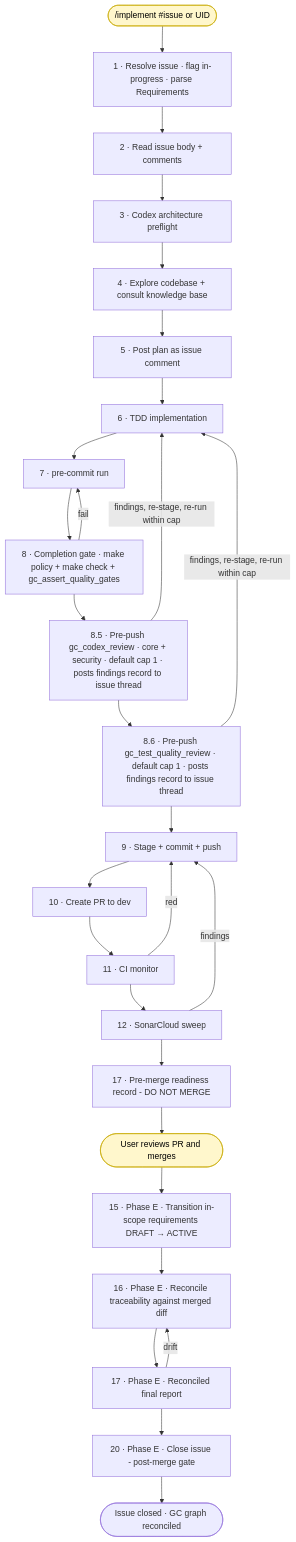
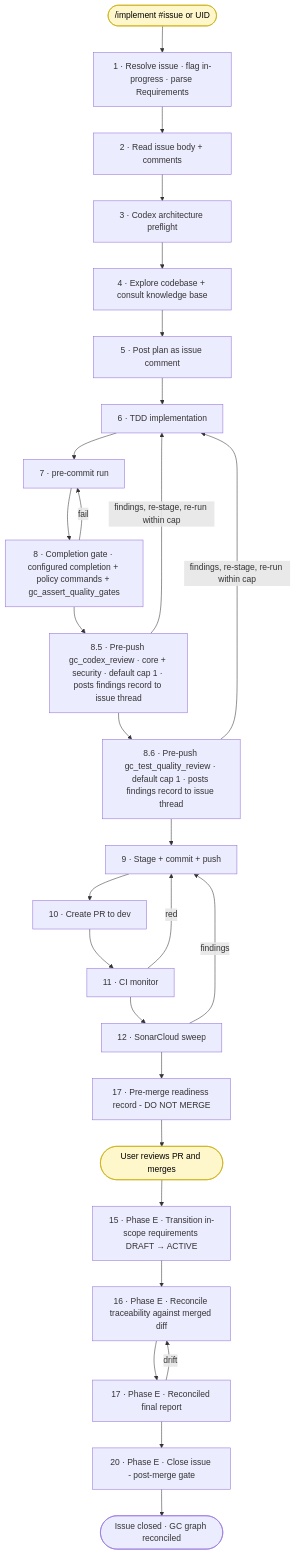
Before and after one commit to Brad-Edwards/Ground-Control: the diagram in docs/DEVELOPMENT_WORKFLOW.md, drawn with Mermaid. The commit also changed other lines of this file and 24 other files, not shown here.

Commit message:
fix: derive the implement policy gate from repository configuration

````diff
--- a/docs/DEVELOPMENT_WORKFLOW.md
+++ b/docs/DEVELOPMENT_WORKFLOW.md
@@ -135,57 +138,57 @@
 ```mermaid
 flowchart TB
   Start([/implement #issue or UID])
   S1[1 · Resolve issue · flag in-progress · parse Requirements]
   S2[2 · Read issue body + comments]
   S3[3 · Codex architecture preflight]
   S4[4 · Explore codebase + consult knowledge base]
   S5[5 · Post plan as issue comment]
   S6[6 · TDD implementation]
   S7[7 · pre-commit run]
-  S8[8 · Completion gate · make policy + make check + gc_assert_quality_gates]
+  S8[8 · Completion gate · configured completion + policy commands + gc_assert_quality_gates]
   S8b[8.5 · Pre-push gc_codex_review · core + security · default cap 1 · posts findings record to issue thread]
   S8c[8.6 · Pre-push gc_test_quality_review · default cap 1 · posts findings record to issue thread]
   S9[9 · Stage + commit + push]
   S10[10 · Create PR to dev]
   S11[11 · CI monitor]
   S12[12 · SonarCloud sweep]
   S17r[17 · Pre-merge readiness record - DO NOT MERGE]
   End([User reviews PR and merges])
   S15[15 · Phase E · Transition in-scope requirements DRAFT → ACTIVE]
   S16[16 · Phase E · Reconcile traceability against merged diff]
   S17d[17 · Phase E · Reconciled final report]
   S20[20 · Phase E · Close issue - post-merge gate]
   Done([Issue closed · GC graph reconciled])
 
   Start --> S1
   S1 --> S2
   S2 --> S3
   S3 --> S4
   S4 --> S5
   S5 --> S6
   S6 --> S7
   S7 --> S8
   S8 --> S8b
   S8b --> S8c
   S8c --> S9
   S9 --> S10
   S10 --> S11
   S11 --> S12
   S12 --> S17r
   S17r --> End
   End --> S15
   S15 --> S16
   S16 --> S17d
   S17d --> S20
   S20 --> Done
 
   S8 -->|fail| S7
   S8b -->|findings, re-stage, re-run within cap| S6
   S8c -->|findings, re-stage, re-run within cap| S6
   S11 -->|red| S9
   S12 -->|findings| S9
   S17d -->|drift| S16
 
   classDef user fill:#fff7cc,stroke:#c9a900,color:#000
   class Start,End user
 ```
````
